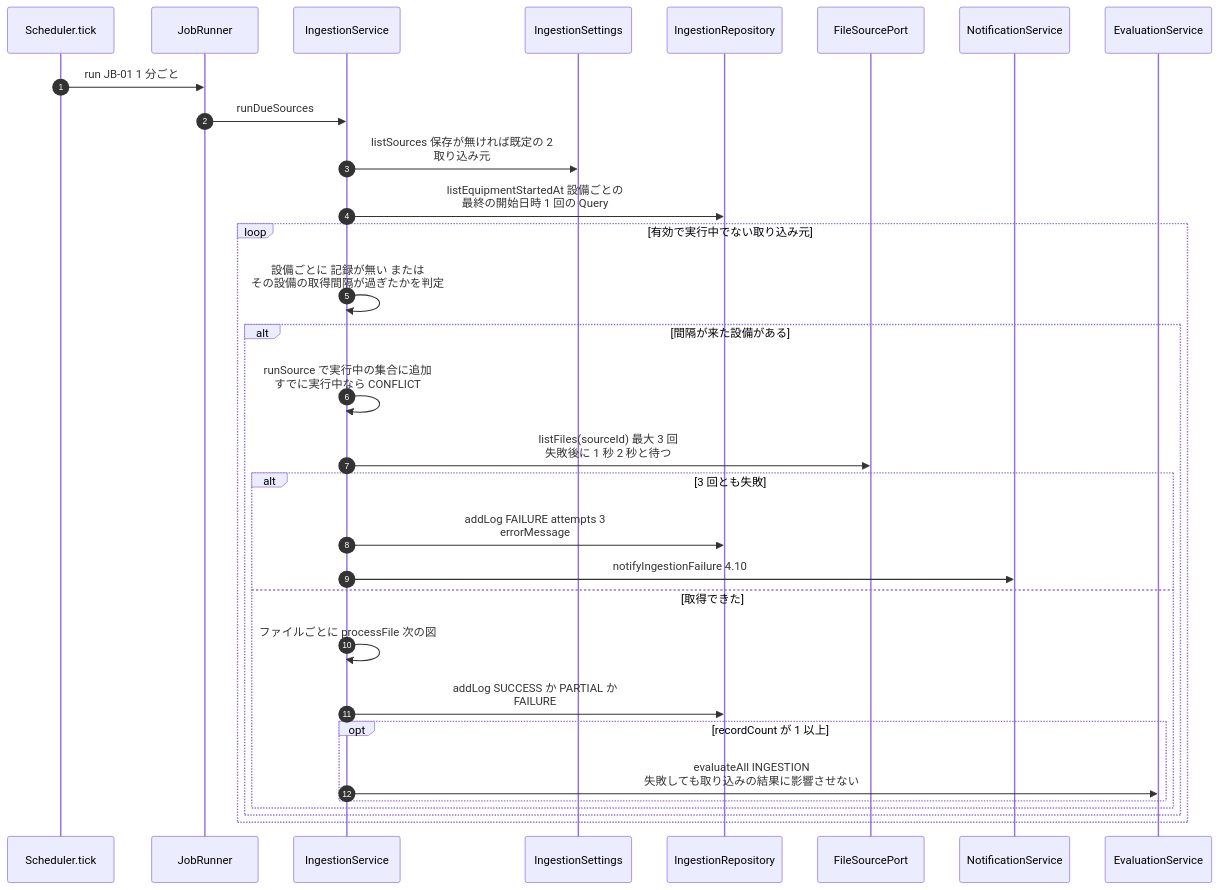
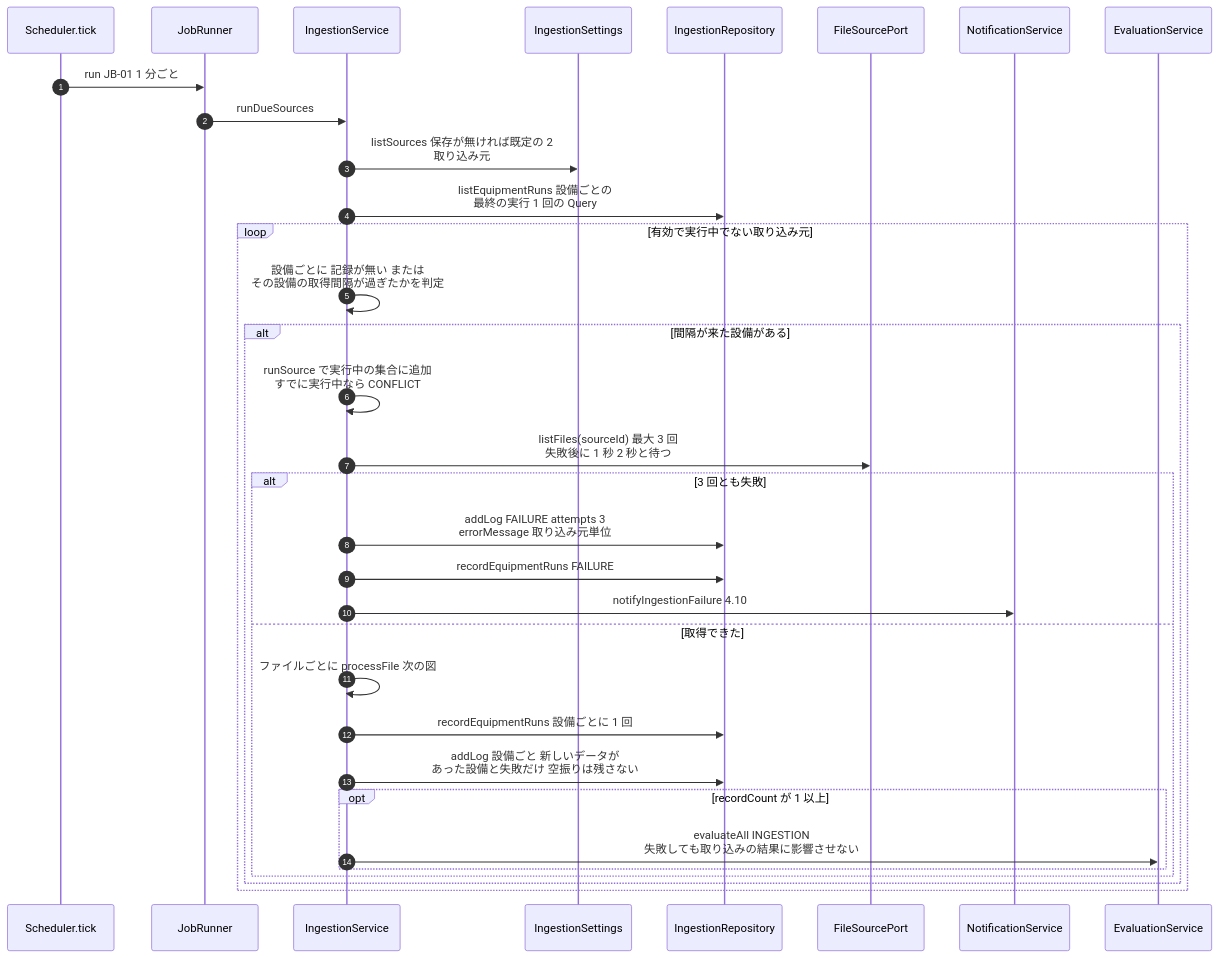
Diagram 20 of 46 in docs/10_design/architecture/as-built.md (NS-APU/smart-farm-monitoring), drawn with Mermaid before and after one commit. The commit also changed other lines of this file and 27 other files, not shown here.

````diff
--- a/docs/10_design/architecture/as-built.md
+++ b/docs/10_design/architecture/as-built.md
@@ -1531,34 +1531,36 @@
 ```mermaid
 sequenceDiagram
   autonumber
   participant SCH as Scheduler.tick
   participant JR as JobRunner
   participant IS as IngestionService
   participant ST as IngestionSettings
   participant R as IngestionRepository
   participant FSP as FileSourcePort
   participant NS as NotificationService
   participant EV as EvaluationService
 
   SCH->>JR: run JB-01 1 分ごと
   JR->>IS: runDueSources
   IS->>ST: listSources 保存が無ければ既定の 2<br>取り込み元
-  IS->>R: listEquipmentStartedAt 設備ごとの<br>最終の開始日時 1 回の Query
+  IS->>R: listEquipmentRuns 設備ごとの<br>最終の実行 1 回の Query
   loop 有効で実行中でない取り込み元
     IS->>IS: 設備ごとに 記録が無い または<br>その設備の取得間隔が過ぎたかを判定
     alt 間隔が来た設備がある
       IS->>IS: runSource で実行中の集合に追加<br>すでに実行中なら CONFLICT
       IS->>FSP: listFiles(sourceId) 最大 3 回<br>失敗後に 1 秒 2 秒と待つ
       alt 3 回とも失敗
-        IS->>R: addLog FAILURE attempts 3<br>errorMessage
+        IS->>R: addLog FAILURE attempts 3<br>errorMessage 取り込み元単位
+        IS->>R: recordEquipmentRuns FAILURE
         IS->>NS: notifyIngestionFailure 4.10
       else 取得できた
         IS->>IS: ファイルごとに processFile 次の図
-        IS->>R: addLog SUCCESS か PARTIAL か<br>FAILURE
+        IS->>R: recordEquipmentRuns 設備ごとに 1 回
+        IS->>R: addLog 設備ごと 新しいデータが<br>あった設備と失敗だけ 空振りは残さない
         opt recordCount が 1 以上
           IS->>EV: evaluateAll INGESTION<br>失敗しても取り込みの結果に影響させない
         end
       end
     end
   end
 ```
````
